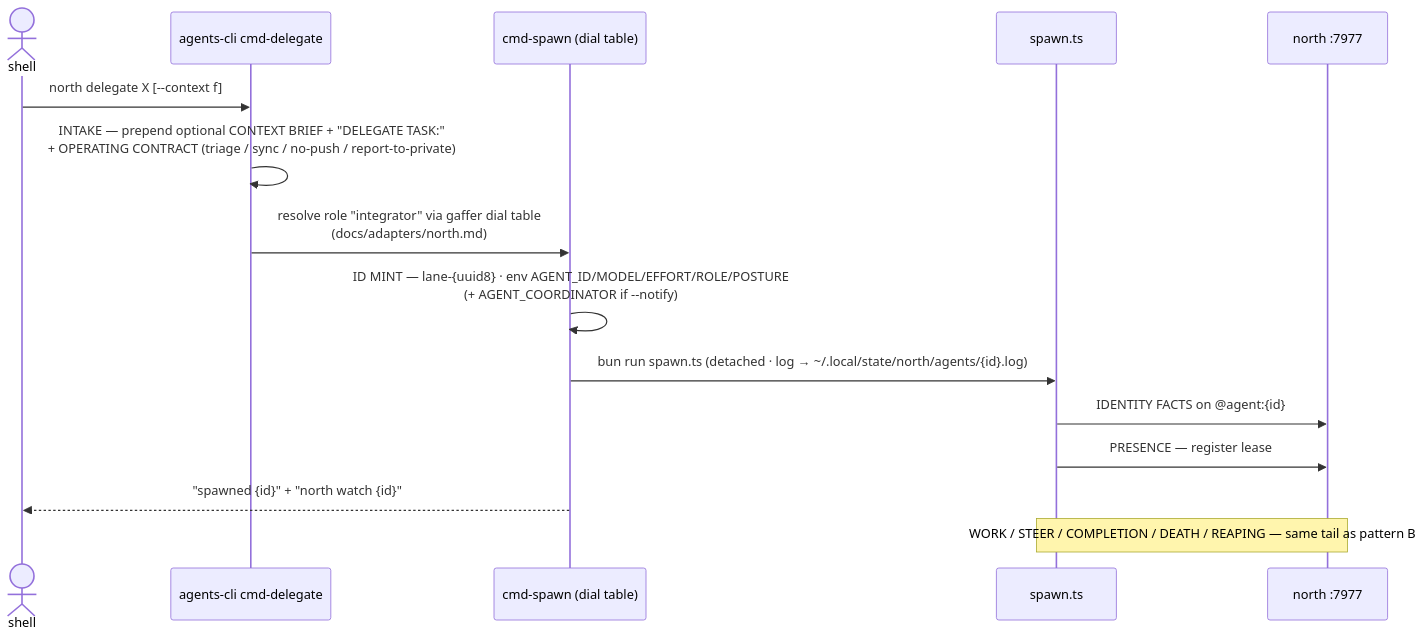
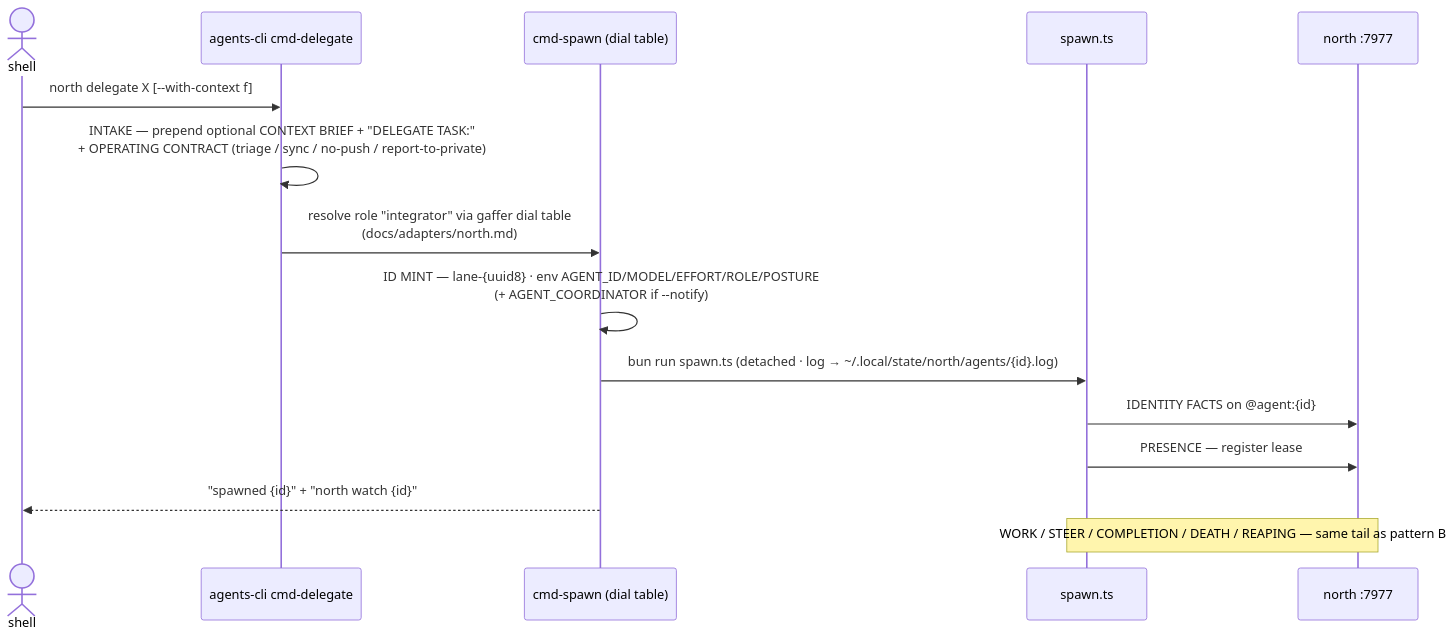
One commit to tompassarelli/firn changed the fifth of 10 diagrams in dotfiles/claude/docs/workflow-map.md. Above: the diagram before and after it, drawn with Mermaid. The commit also changed other lines of this file and 1 other file, not shown here.

First line of the commit message:
claude: align /delegate to final API — trailing --with-context flag

````diff
--- a/dotfiles/claude/docs/workflow-map.md
+++ b/dotfiles/claude/docs/workflow-map.md
@@ -187,17 +189,17 @@
 ```mermaid
 sequenceDiagram
     actor SH as shell
     participant CLI as agents-cli cmd-delegate
     participant CS as cmd-spawn (dial table)
     participant SP as spawn.ts
     participant T as north :7977
-    SH->>CLI: north delegate X [--context f]
+    SH->>CLI: north delegate X [--with-context f]
     CLI->>CLI: INTAKE — prepend optional CONTEXT BRIEF + "DELEGATE TASK:"<br/>+ OPERATING CONTRACT (triage / sync / no-push / report-to-private)
     CLI->>CS: resolve role "integrator" via gaffer dial table<br/>(docs/adapters/north.md)
     CS->>CS: ID MINT — lane-{uuid8} · env AGENT_ID/MODEL/EFFORT/ROLE/POSTURE<br/>(+ AGENT_COORDINATOR if --notify)
     CS->>SP: bun run spawn.ts (detached · log → ~/.local/state/north/agents/{id}.log)
     SP->>T: IDENTITY FACTS on @agent:{id}
     SP->>T: PRESENCE — register lease
     CS-->>SH: "spawned {id}" + "north watch {id}"
     Note over SP,T: WORK / STEER / COMPLETION / DEATH / REAPING — same tail as pattern B
 ```
````
